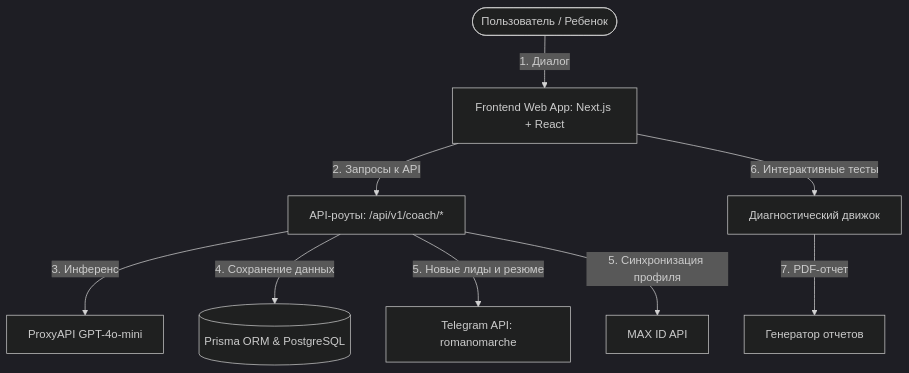
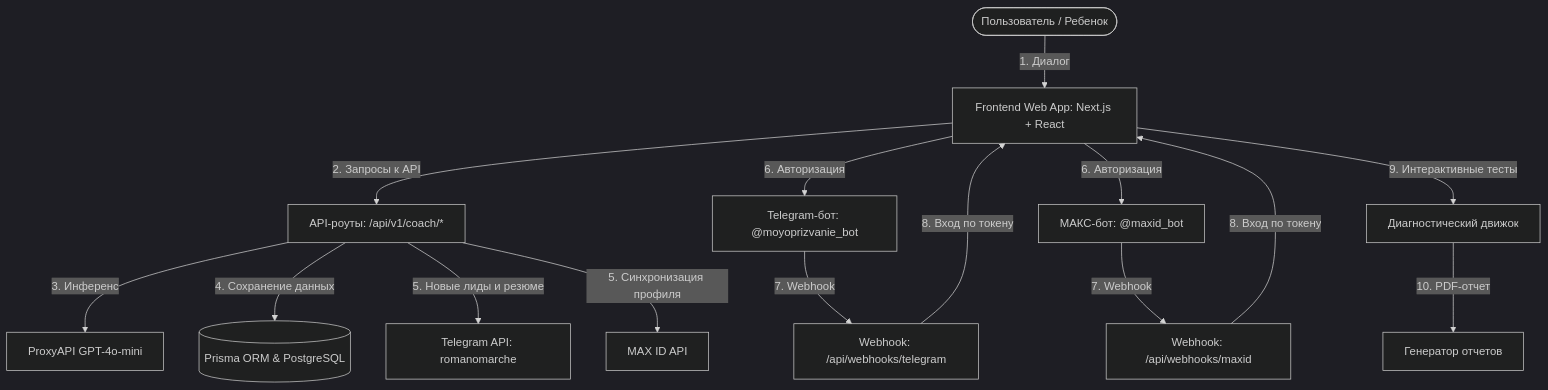
Before and after one commit to synthosaicreativestudio-maker/mycalling: the diagram in docs/01-system-architecture.md, drawn with Mermaid (dark theme). The commit also changed other lines of this file and 2 other files, not shown here.

Commit message:
docs: update system architecture, auth policy and deployment guide for Telegram and MAX bots integration

````diff
--- a/docs/01-system-architecture.md
+++ b/docs/01-system-architecture.md
@@ -7,15 +7,23 @@
 ```mermaid
 graph TD
     User([Пользователь / Ребенок]) -->|1. Диалог| WebUI[Frontend Web App: Next.js + React]
     WebUI -->|2. Запросы к API| CoachAPI[API-роуты: /api/v1/coach/*]
     CoachAPI -->|3. Инференс| ProxyAPI[ProxyAPI GPT-4o-mini]
     CoachAPI -->|4. Сохранение данных| Prisma[(Prisma ORM & PostgreSQL)]
     
     %% Интеграционные потоки %%
     CoachAPI -->|5. Новые лиды и резюме| TG[Telegram API: romanomarche]
     CoachAPI -->|5. Синхронизация профиля| MAXID[MAX ID API]
     
+    %% Авторизация через ботов %%
+    WebUI -->|6. Авторизация| TG_Bot[Telegram-бот: @moyoprizvanie_bot]
+    WebUI -->|6. Авторизация| MAX_Bot[МАКС-бот: @maxid_bot]
+    TG_Bot -->|7. Webhook| TG_Webhook[Webhook: /api/webhooks/telegram]
+    MAX_Bot -->|7. Webhook| MAX_Webhook[Webhook: /api/webhooks/maxid]
+    TG_Webhook -->|8. Вход по токену| WebUI
+    MAX_Webhook -->|8. Вход по токену| WebUI
+    
     %% Переход к тестированию %%
-    WebUI -->|6. Интерактивные тесты| Diagnostic[Диагностический движок]
-    Diagnostic -->|7. PDF-отчет| PDFGen[Генератор отчетов]
+    WebUI -->|9. Интерактивные тесты| Diagnostic[Диагностический движок]
+    Diagnostic -->|10. PDF-отчет| PDFGen[Генератор отчетов]
 ```
````
